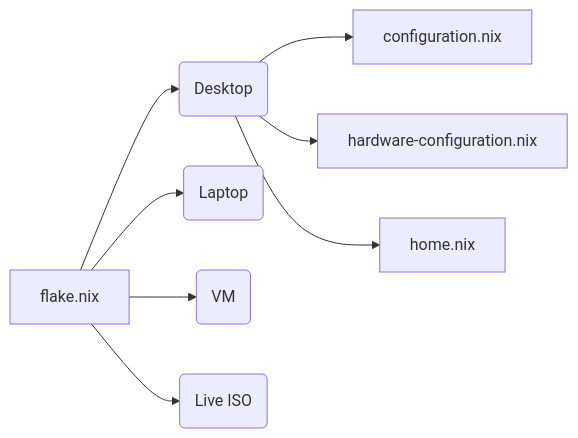
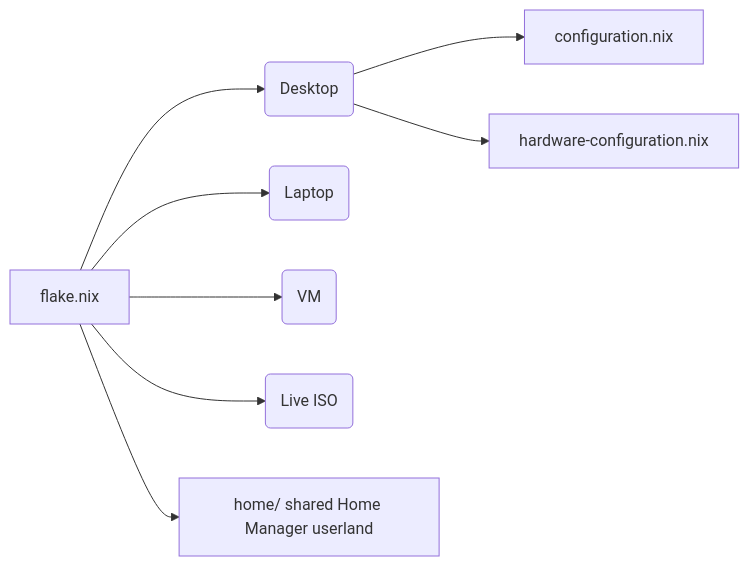
One commit to justkowal/nixos-config changed the first of 2 diagrams in docs/SYSTEM_ARCHITECTURE.md. Above: the diagram before and after it, drawn with Mermaid. The commit also changed 87 other files, not shown here.

````diff
--- a/docs/SYSTEM_ARCHITECTURE.md
+++ b/docs/SYSTEM_ARCHITECTURE.md
@@ -10,11 +10,11 @@
 ```mermaid
 graph LR
     A[flake.nix] --> B(Desktop)
     A --> C(Laptop)
     A --> D(VM)
     A --> E(Live ISO)
 
     B --> F[configuration.nix]
     B --> G[hardware-configuration.nix]
-    B --> H[home.nix]
+    A --> H[home/ shared Home Manager userland]
 ```
````
